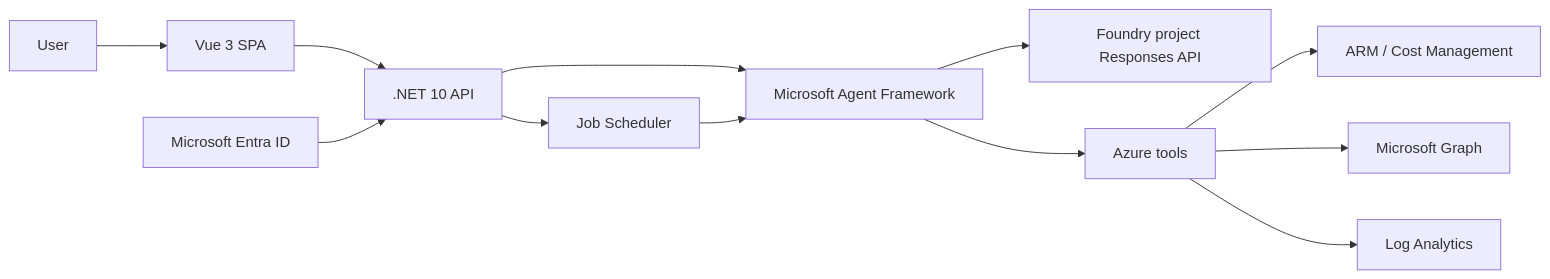
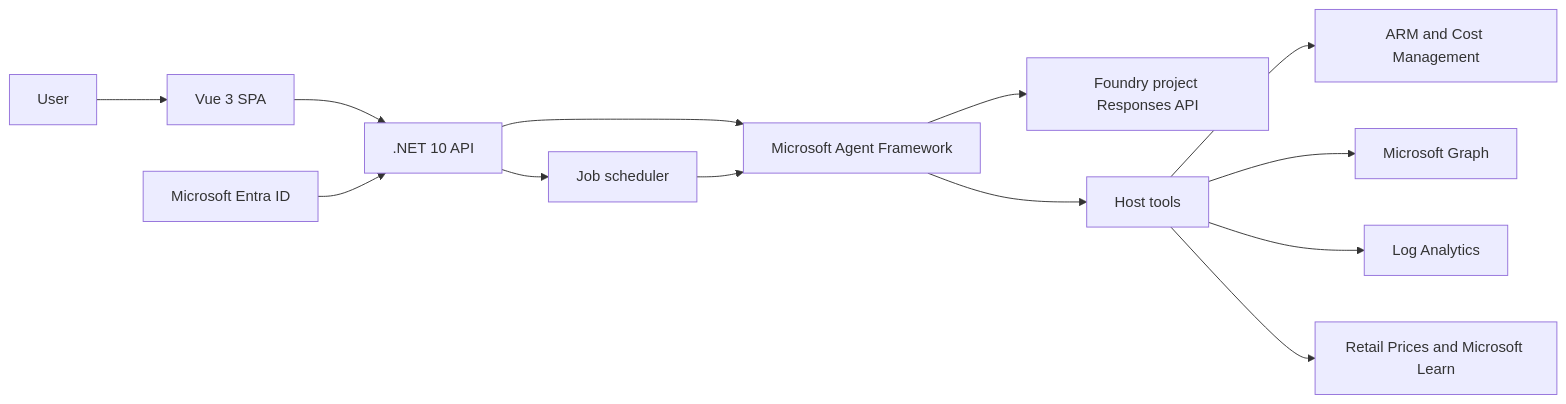
Before and after one commit to Azure-Samples/azure-finops-agent: the diagram in README.md, drawn with Mermaid. The commit also changed other lines of this file and 17 other files, not shown here.

````diff
--- a/README.md
+++ b/README.md
@@ -51,14 +87,15 @@
 ```mermaid
 flowchart LR
     User --> UI[Vue 3 SPA]
     UI --> API[.NET 10 API]
     API --> Agent[Microsoft Agent Framework]
-    API --> Jobs[Job Scheduler]
+    API --> Jobs[Job scheduler]
     Jobs --> Agent
     Agent --> Model[Foundry project Responses API]
-    Agent --> Tools[Azure tools]
-    Tools --> ARM[ARM / Cost Management]
+    Agent --> Tools[Host tools]
+    Tools --> ARM[ARM and Cost Management]
     Tools --> Graph[Microsoft Graph]
     Tools --> Logs[Log Analytics]
+    Tools --> Public[Retail Prices and Microsoft Learn]
     Entra[Microsoft Entra ID] --> API
 ```
````
